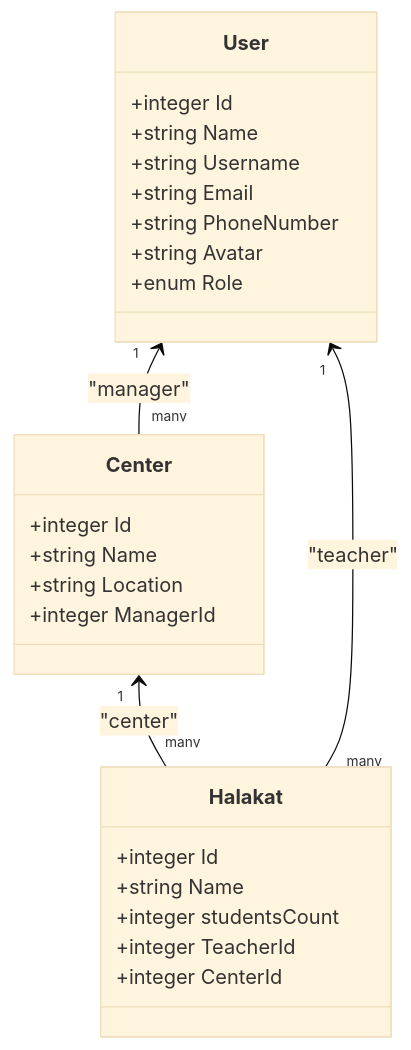
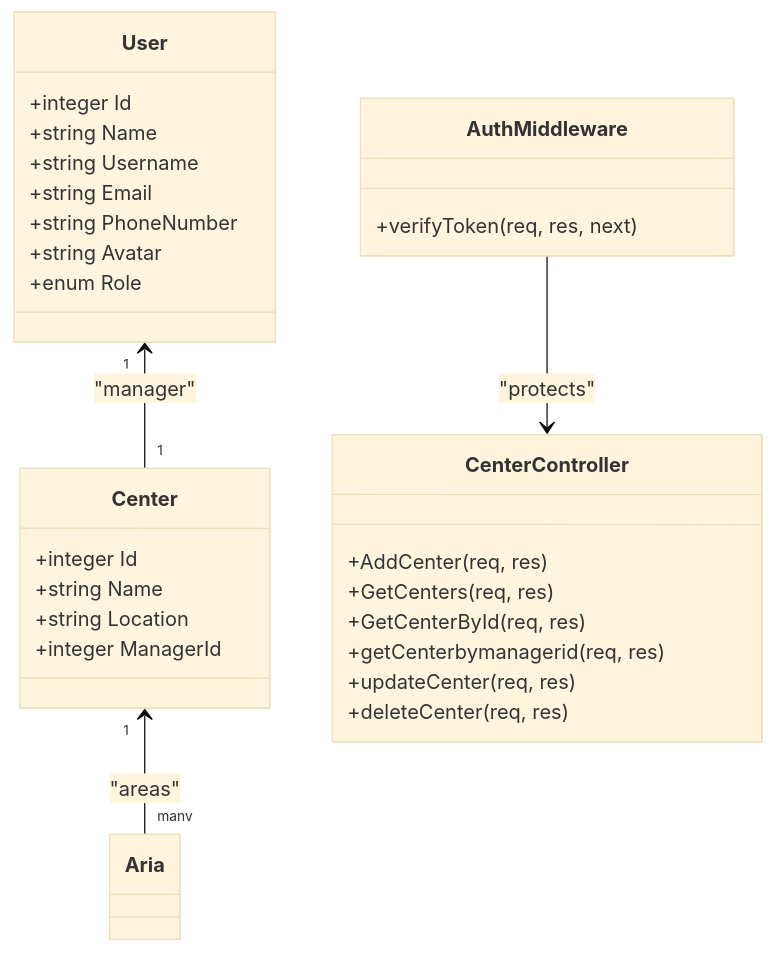
One commit to Mreng78/khirocom_project changed the second of 7 diagrams in .qoder/repowiki/en/content/Feature Modules/Center Administration.md. Above: the diagram before and after it, drawn with Mermaid (base theme). The commit also changed other lines of this file and 13 other files, not shown here.

````diff
--- a/.qoder/repowiki/en/content/Feature Modules/Center Administration.md
+++ b/.qoder/repowiki/en/content/Feature Modules/Center Administration.md
@@ -91,28 +124,32 @@
 ```mermaid
 classDiagram
 class User {
 +integer Id
 +string Name
 +string Username
 +string Email
 +string PhoneNumber
 +string Avatar
 +enum Role
 }
 class Center {
 +integer Id
 +string Name
 +string Location
 +integer ManagerId
 }
-class Halakat {
-+integer Id
-+string Name
-+integer studentsCount
-+integer TeacherId
-+integer CenterId
+class CenterController {
++AddCenter(req, res)
++GetCenters(req, res)
++GetCenterById(req, res)
++getCenterbymanagerid(req, res)
++updateCenter(req, res)
++deleteCenter(req, res)
 }
-User "1" <-- "many" Center : "manager"
-Center "1" <-- "many" Halakat : "center"
-User "1" <-- "many" Halakat : "teacher"
+class AuthMiddleware {
++verifyToken(req, res, next)
+}
+User "1" <-- "1" Center : "manager"
+Center "1" <-- "many" Aria : "areas"
+AuthMiddleware --> CenterController : "protects"
 ```
````
